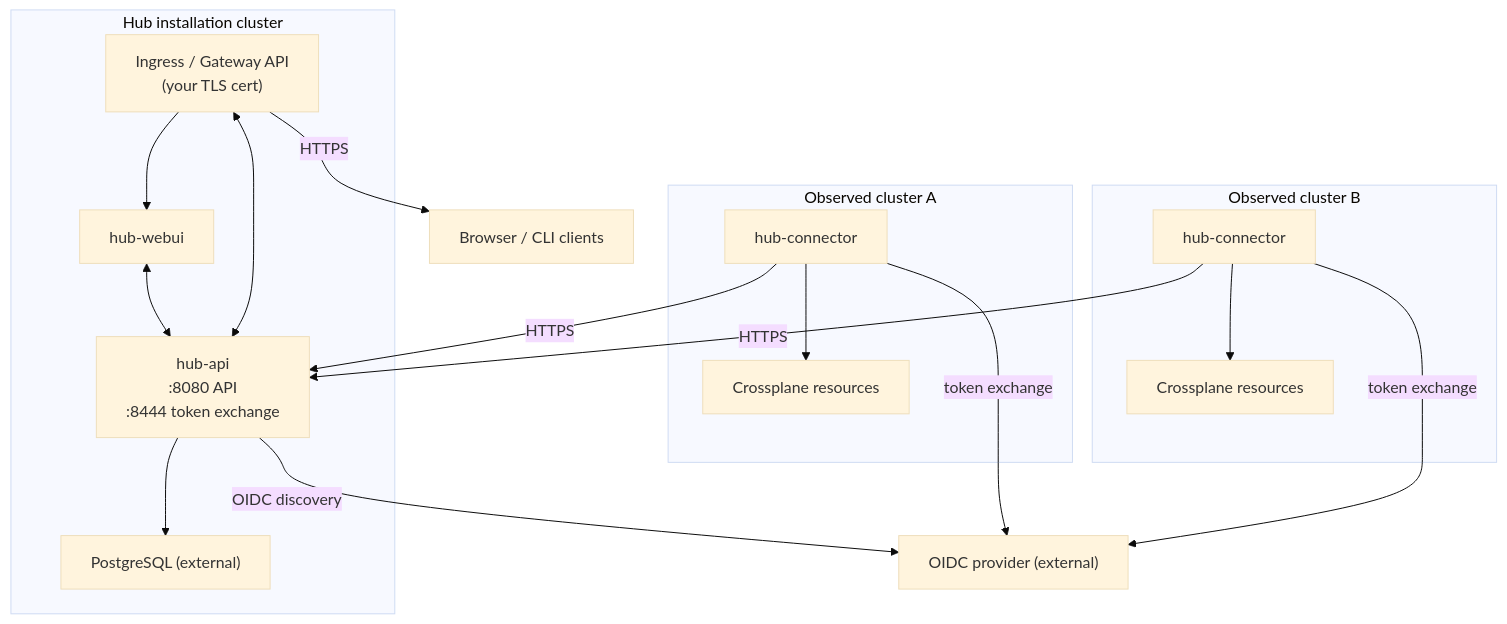
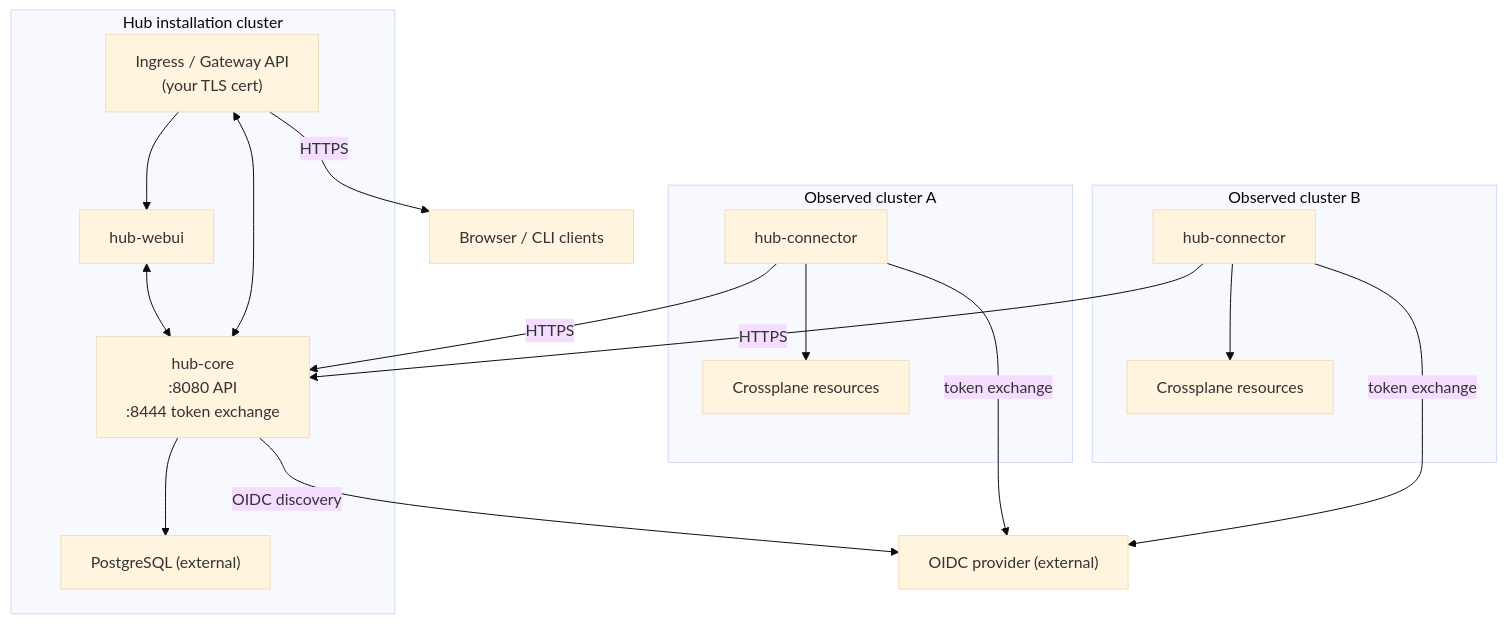
The diagram in hub-docs/concepts/architecture.md (lsviben/upbound-docs), drawn with Mermaid (base theme) before and after one commit. The commit also changed other lines of this file and 67 other files, not shown here.

````diff
--- a/hub-docs/concepts/architecture.md
+++ b/hub-docs/concepts/architecture.md
@@ -20,35 +17,35 @@
 ```mermaid
 flowchart TB
   subgraph hub["Hub installation cluster"]
     ing["Ingress / Gateway API<br/>(your TLS cert)"]
     webui["hub-webui"]
-    api["hub-api<br/>:8080 API<br/>:8444 token exchange"]
+    api["hub-core<br/>:8080 API<br/>:8444 token exchange"]
     pg["PostgreSQL (external)"]
     ing --> webui
     webui <--> api
     api --> pg
   ing <--> api
   end
 
   browser["Browser / CLI clients"]
   oidc["OIDC provider (external)"]
   ing -->|HTTPS| browser
   api -->|OIDC discovery| oidc
 
   subgraph obsA["Observed cluster A"]
     connA["hub-connector"]
     resA["Crossplane resources"]
     connA --> resA
   end
 
   subgraph obsB["Observed cluster B"]
     connB["hub-connector"]
     resB["Crossplane resources"]
     connB --> resB
   end
 
   connA -->|HTTPS| api
   connB -->|HTTPS| api
   connA -->|token exchange| oidc
   connB -->|token exchange| oidc
 ```
````
